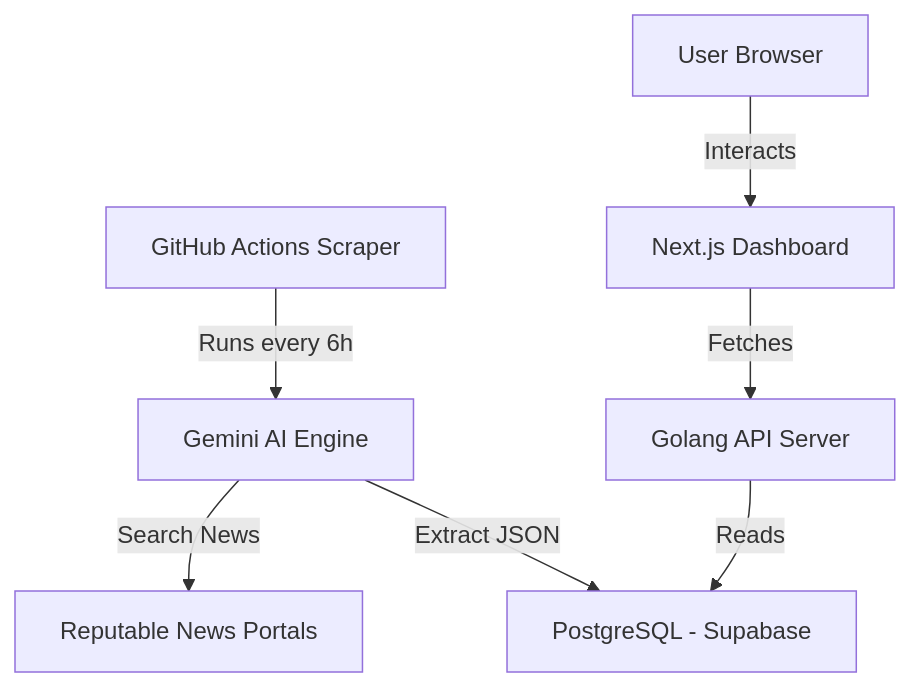
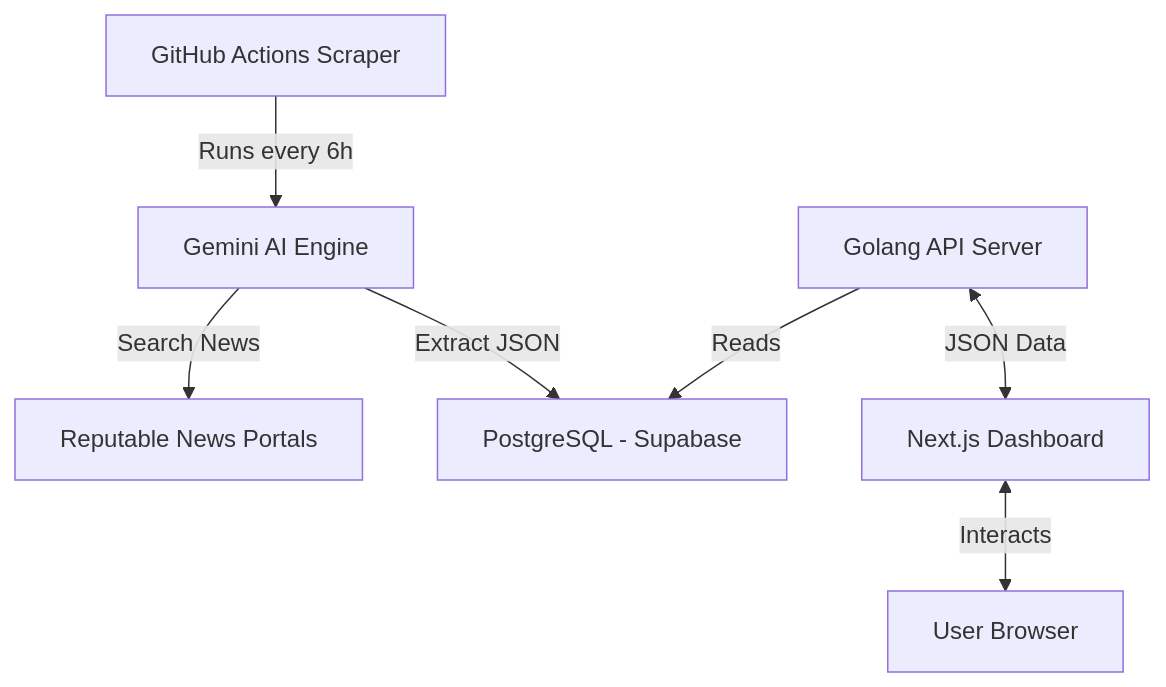
Before and after one commit to alkali007/Crime-Dashboard: the diagram in README.md, drawn with Mermaid.

Commit message:
Update system architecture diagram to bidirectional

````diff
--- a/README.md
+++ b/README.md
@@ -52,9 +52,9 @@
 ```mermaid
 graph TD
     A[GitHub Actions Scraper] -->|Runs every 6h| B[Gemini AI Engine]
     B -->|Search News| C[Reputable News Portals]
     B -->|Extract JSON| D[PostgreSQL - Supabase]
     E[Golang API Server] -->|Reads| D
-    F[Next.js Dashboard] -->|Fetches| E
-    G[User Browser] -->|Interacts| F
+    E <-->|JSON Data| F[Next.js Dashboard]
+    F <-->|Interacts| G[User Browser]
 ```
````
